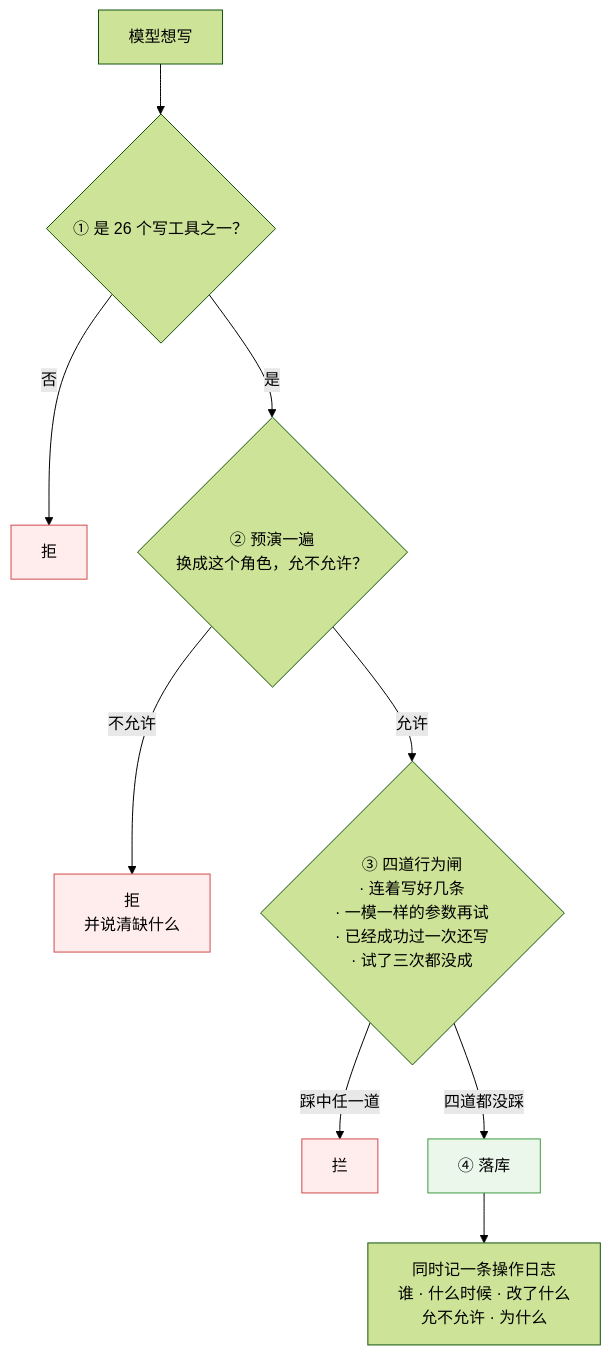
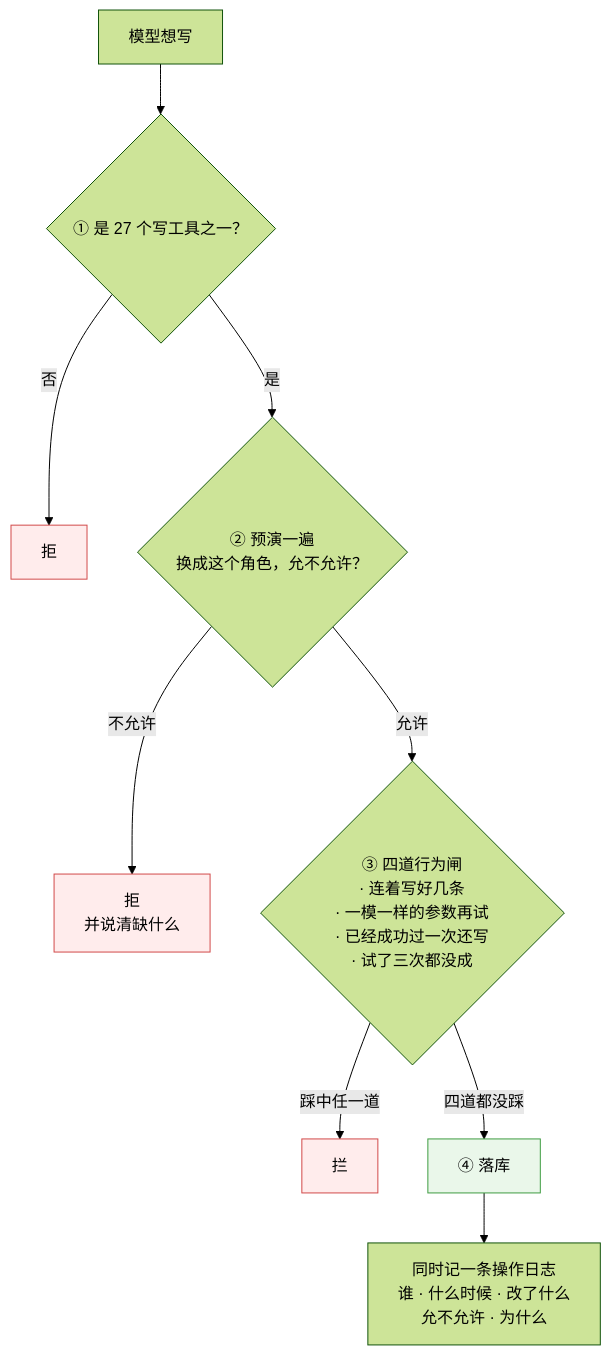
Before and after one commit to 843773296-rgb/lanxiu-yunshang-agent: the second of 3 diagrams in 澜绣云裳agent-产品说明.md, drawn with Mermaid (forest theme). The commit also changed other lines of this file and 18 other files, not shown here.

````diff
--- a/澜绣云裳agent-产品说明.md
+++ b/澜绣云裳agent-产品说明.md
@@ -271,16 +271,16 @@
 ```mermaid
 flowchart TD
-    A["模型想写"] --> B{"① 是 26 个写工具之一？"}
+    A["模型想写"] --> B{"① 是 27 个写工具之一？"}
     B -- 否 --> X1["拒"]
     B -- 是 --> C{"② 预演一遍<br/>换成这个角色，允不允许？"}
     C -- 不允许 --> X2["拒<br/>并说清缺什么"]
     C -- 允许 --> D{"③ 四道行为闸<br/>· 连着写好几条<br/>· 一模一样的参数再试<br/>· 已经成功过一次还写<br/>· 试了三次都没成"}
     D -- "踩中任一道" --> X3["拦"]
     D -- "四道都没踩" --> E["④ 落库"]
     E --> F["同时记一条操作日志<br/>谁 · 什么时候 · 改了什么<br/>允不允许 · 为什么"]
 
     style X1 fill:#ffecec,stroke:#d24a4a
     style X2 fill:#ffecec,stroke:#d24a4a
     style X3 fill:#ffecec,stroke:#d24a4a
     style E fill:#eaf7ea,stroke:#3f9c42
 ```
````
